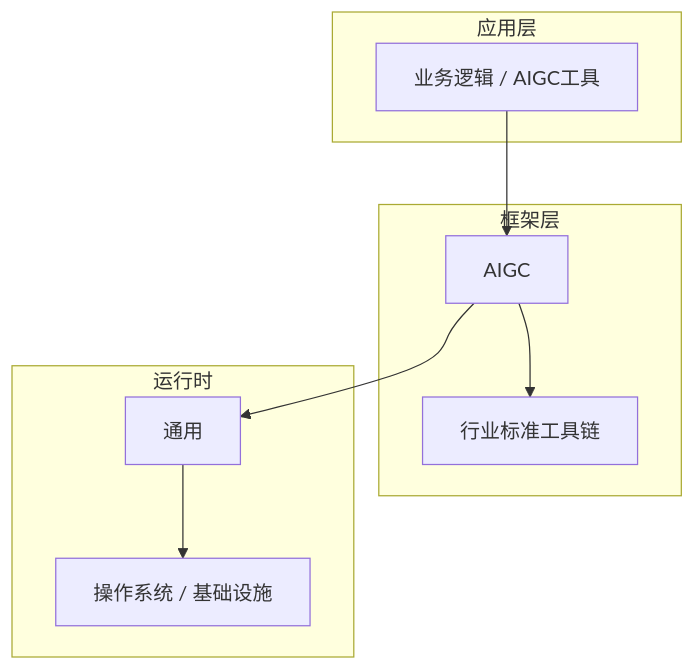
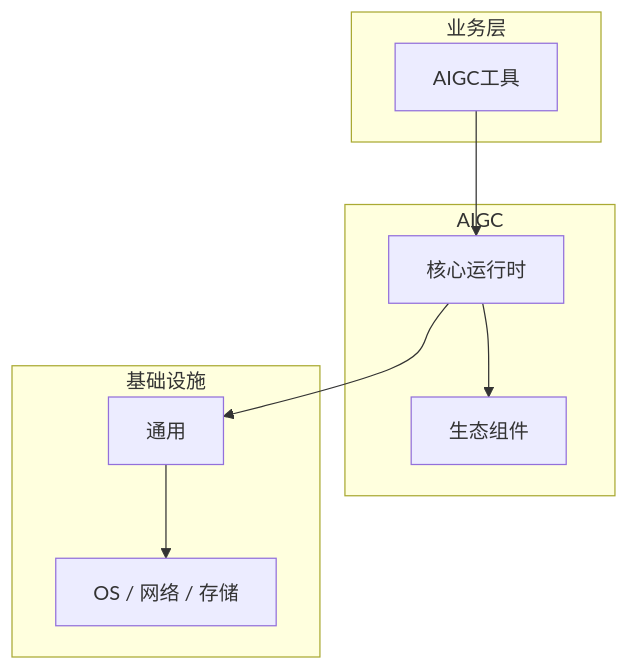
Before and after one commit to yanggan2015/knowledge-json-v2: the diagram in articles/AIGC/chapters/083-AIGC工具核心概念与原理.md, drawn with Mermaid. The commit also changed other lines of this file and 10127 other files, not shown here.

````diff
--- a/articles/AIGC/chapters/083-AIGC工具核心概念与原理.md
+++ b/articles/AIGC/chapters/083-AIGC工具核心概念与原理.md
@@ -45,18 +30,18 @@
 ```mermaid
 graph TB
-    subgraph 应用层
-        A[业务逻辑 / AIGC工具]
+    subgraph 业务层
+        A[AIGC工具]
     end
-    subgraph 框架层
-        B[AIGC]
-        C[行业标准工具链]
+    subgraph AIGC
+        B[核心运行时]
+        C[生态组件]
     end
-    subgraph 运行时
+    subgraph 基础设施
         D[通用]
-        E[操作系统 / 基础设施]
+        E[OS / 网络 / 存储]
     end
     A --> B
     B --> C
     B --> D
     D --> E
 ```
````
